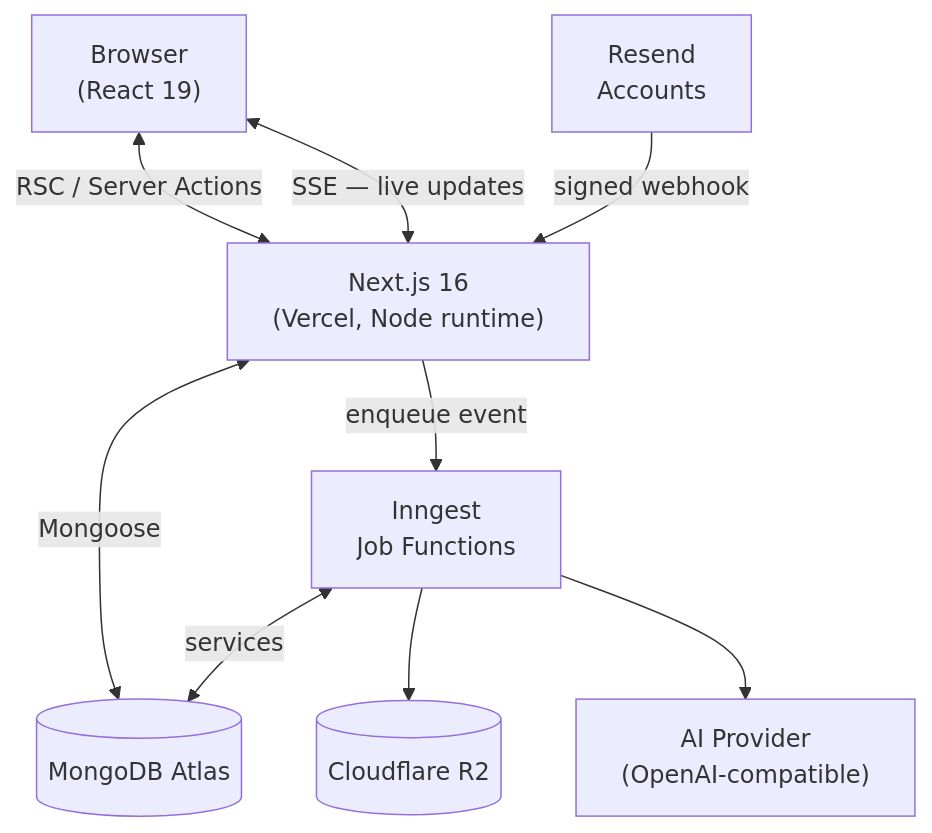
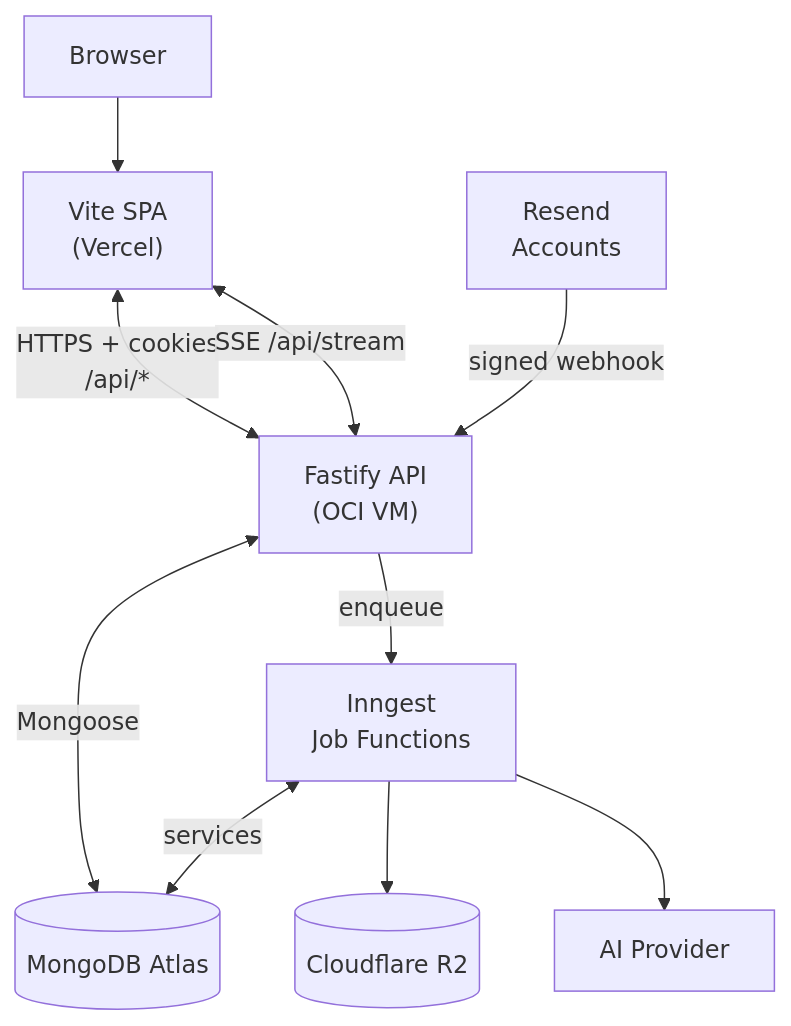
One commit to yousuf-git/wisemail changed the diagram in README.md. Above: the diagram before and after it, drawn with Mermaid. The commit also changed other lines of this file and 10 other files, not shown here.

First line of the commit message:
docs: update README, deployment, and architecture docs

````diff
--- a/README.md
+++ b/README.md
@@ -52,19 +56,21 @@
 ```mermaid
 flowchart TB
-    Browser["Browser\n(React 19)"]
-    Next["Next.js 16\n(Vercel, Node runtime)"]
+    Browser["Browser"]
+    SPA["Vite SPA\n(Vercel)"]
+    API["Fastify API\n(OCI VM)"]
     Mongo[("MongoDB Atlas")]
     Inngest["Inngest\nJob Functions"]
     R2[("Cloudflare R2")]
-    AI["AI Provider\n(OpenAI-compatible)"]
+    AI["AI Provider"]
     ResendAccounts["Resend\nAccounts"]
 
-    Browser <-->|"RSC / Server Actions"| Next
-    Browser <-->|"SSE — live updates"| Next
-    Next <-->|"Mongoose"| Mongo
-    ResendAccounts -->|"signed webhook"| Next
-    Next -->|"enqueue event"| Inngest
+    Browser --> SPA
+    SPA <-->|"HTTPS + cookies\n/api/*"| API
+    SPA <-->|"SSE /api/stream"| API
+    API <-->|"Mongoose"| Mongo
+    ResendAccounts -->|"signed webhook"| API
+    API -->|"enqueue"| Inngest
     Inngest <-->|"services"| Mongo
     Inngest --> R2
     Inngest --> AI
 ```
````
